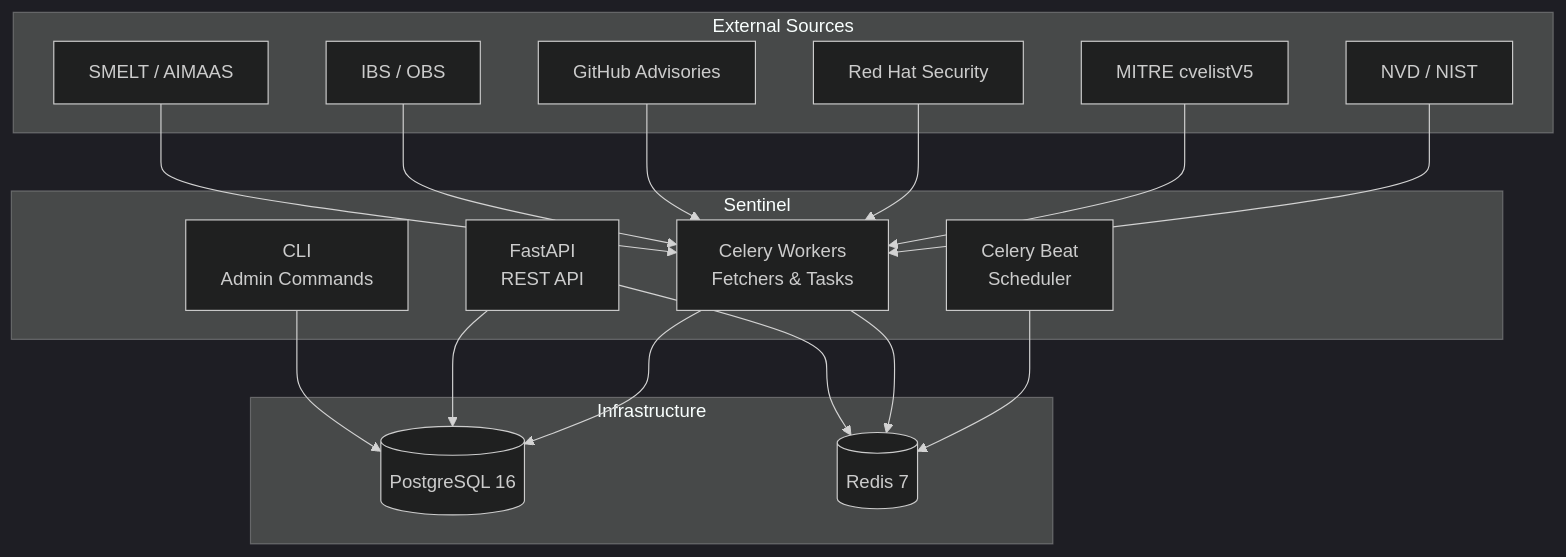
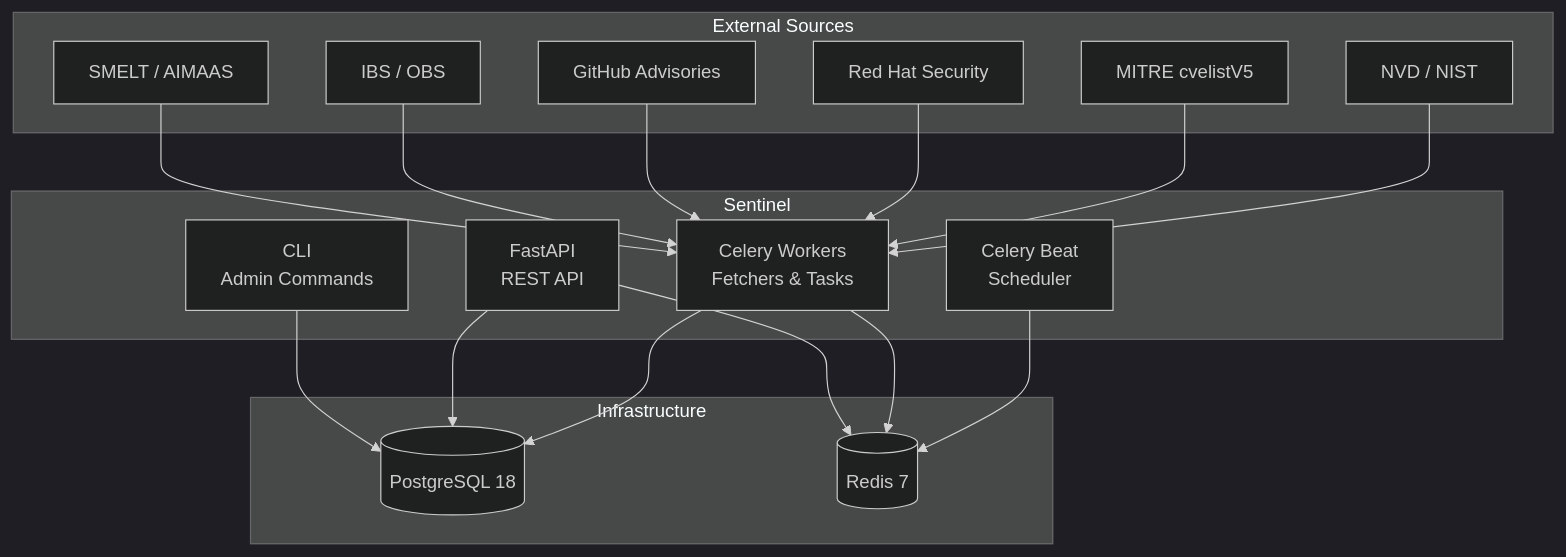
The diagram in README.md (StayPirate/STAMP), drawn with Mermaid (dark theme) before and after one commit. The commit also changed other lines of this file and 6 other files, not shown here.

````diff
--- a/README.md
+++ b/README.md
@@ -48,32 +48,32 @@
 ```mermaid
 graph TB
     subgraph External Sources
         NVD[NVD / NIST]
         MITRE[MITRE cvelistV5]
         RHSA[Red Hat Security]
         GHSA[GitHub Advisories]
         IBS[IBS / OBS]
         SMELT[SMELT / AIMAAS]
     end
 
     subgraph Sentinel
         API[FastAPI<br/>REST API]
         Worker[Celery Workers<br/>Fetchers & Tasks]
         Beat[Celery Beat<br/>Scheduler]
         CLI[CLI<br/>Admin Commands]
     end
 
     subgraph Infrastructure
-        PG[(PostgreSQL 16)]
+        PG[(PostgreSQL 18)]
         Redis[(Redis 7)]
     end
 
     NVD & MITRE & RHSA & GHSA --> Worker
     IBS & SMELT --> Worker
     Worker --> PG
     API --> PG
     CLI --> PG
     Beat --> Redis
     Worker --> Redis
     API --> Redis
 ```
````
